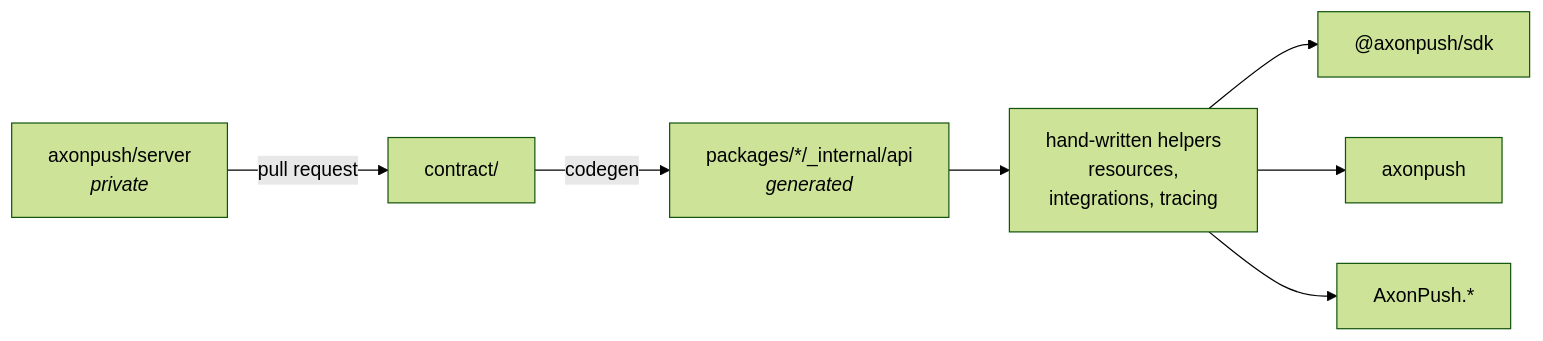
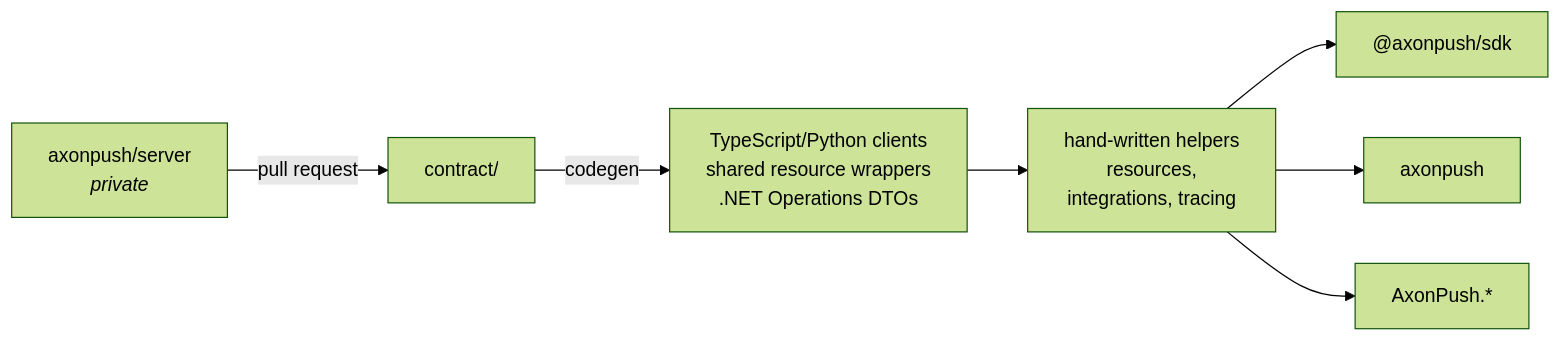
The diagram in README.md (axonpush/sdks), drawn with Mermaid (forest theme) before and after one commit. The commit also changed other lines of this file and 280 other files, not shown here.

````diff
--- a/README.md
+++ b/README.md
@@ -17,9 +17,9 @@
 ```mermaid
 flowchart LR
     S["axonpush/server<br/><i>private</i>"] -- pull request --> C["contract/"]
-    C -- codegen --> G["packages/*/_internal/api<br/><i>generated</i>"]
+    C -- codegen --> G["TypeScript/Python clients<br/>shared resource wrappers<br/>.NET Operations DTOs"]
     G --> H["hand-written helpers<br/>resources,<br/>integrations, tracing"]
     H --> N["@axonpush/sdk"]
     H --> P["axonpush"]
     H --> D["AxonPush.*"]
 ```
````
